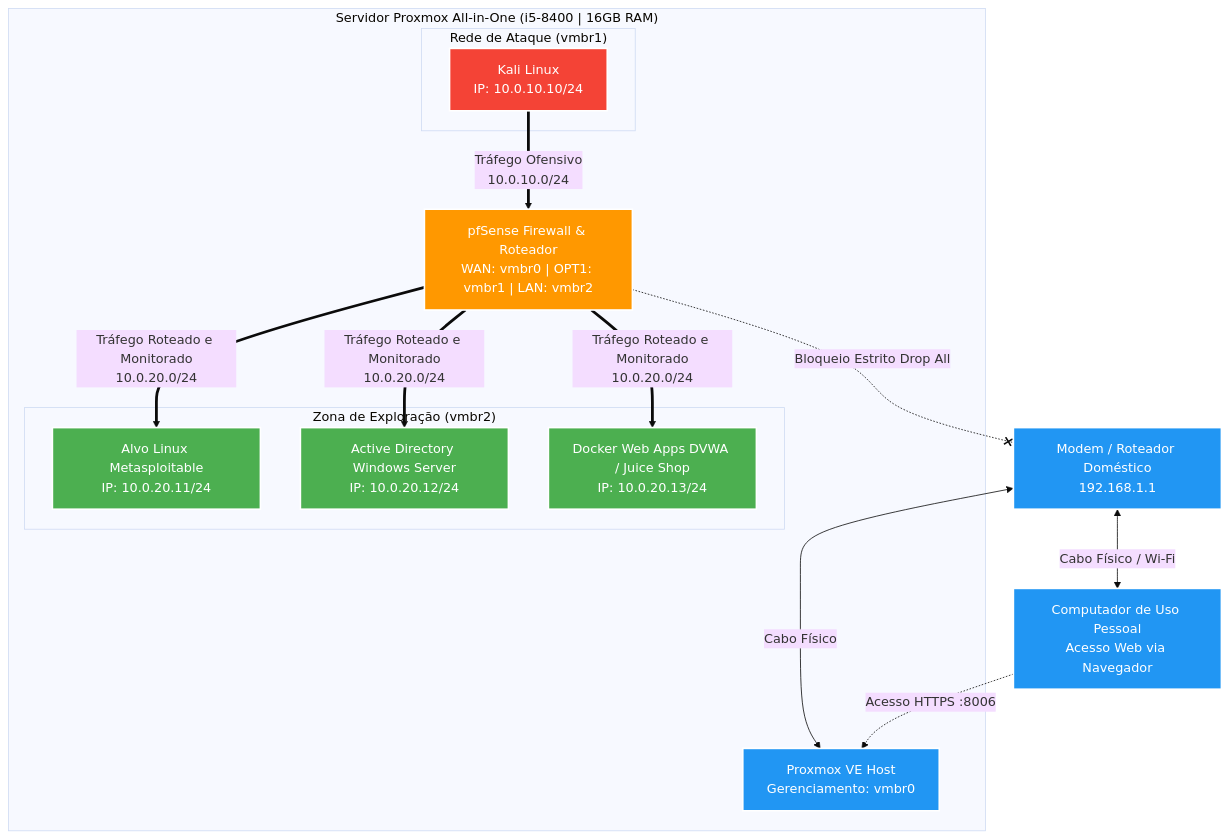
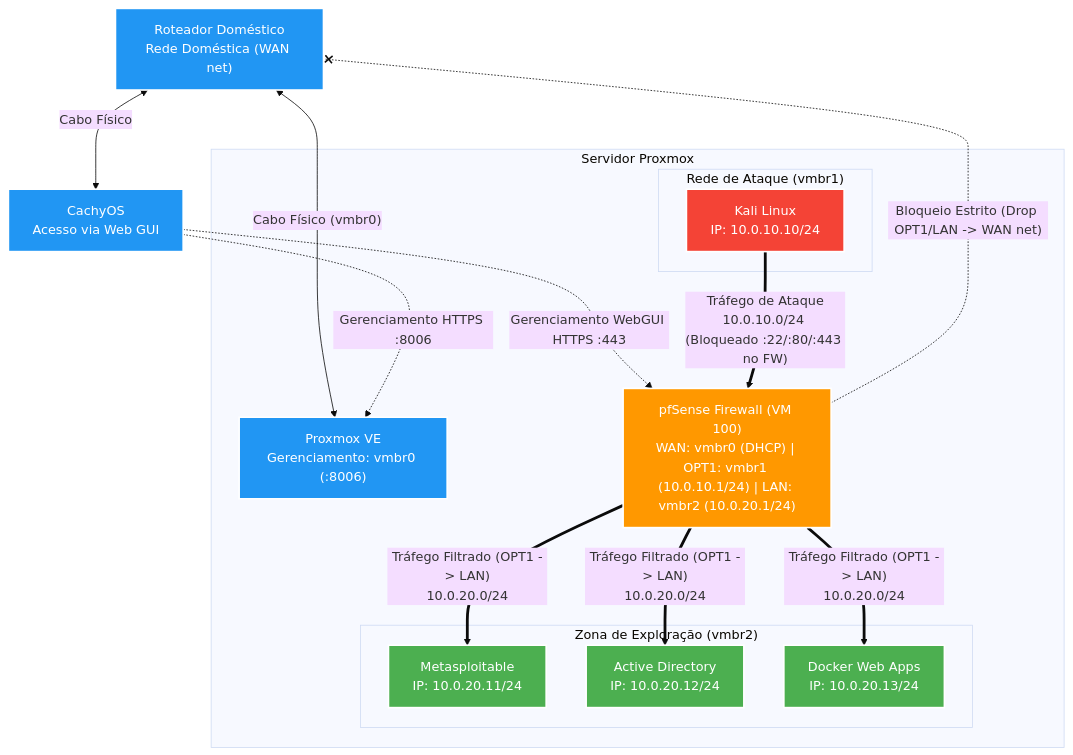
Before and after one commit to nelleuSant/homelab-exploration-zone: the diagram in README.md, drawn with Mermaid (base theme). The commit also changed other lines of this file and 2 other files, not shown here.

````diff
--- a/README.md
+++ b/README.md
@@ -28,46 +28,47 @@
 ```mermaid
 flowchart TD
     %% Infraestrutura Doméstica
-    Modem[Modem / Roteador Doméstico\n192.168.1.1]
-    PC[Computador de Uso Pessoal\nAcesso Web via Navegador]
+    Router["Roteador Doméstico\nRede Doméstica (WAN net)"]
+    CachyOS["CachyOS\nAcesso via Web GUI"]
 
-    subgraph "Servidor Proxmox All-in-One (i5-8400 | 16GB RAM)"
-        Proxmox[Proxmox VE Host\nGerenciamento: vmbr0]
-        FW["pfSense Firewall & Roteador\nWAN: vmbr0 | OPT1: vmbr1 | LAN: vmbr2"]
+    subgraph "Servidor Proxmox"
+        Proxmox["Proxmox VE\nGerenciamento: vmbr0 (:8006)"]
+        FW["pfSense Firewall (VM 100)\nWAN: vmbr0 (DHCP) | OPT1: vmbr1 (10.0.10.1/24) | LAN: vmbr2 (10.0.20.1/24)"]
         
         subgraph "Rede de Ataque (vmbr1)"
-            Kali[Kali Linux\nIP: 10.0.10.10/24]
+            Kali["Kali Linux\nIP: 10.0.10.10/24"]
         end
 
         subgraph "Zona de Exploração (vmbr2)"
-            Vuln1[Alvo Linux Metasploitable\nIP: 10.0.20.11/24]
-            Vuln2[Active Directory Windows Server\nIP: 10.0.20.12/24]
-            Vuln3[Docker Web Apps DVWA / Juice Shop\nIP: 10.0.20.13/24]
+            Vuln1["Metasploitable\nIP: 10.0.20.11/24"]
+            Vuln2["Active Directory\nIP: 10.0.20.12/24"]
+            Vuln3["Docker Web Apps\nIP: 10.0.20.13/24"]
         end
     end
 
-    %% Conexões Físicas
-    Modem <-->|Cabo Físico| Proxmox
-    Modem <-->|Cabo Físico / Wi-Fi| PC
-    PC -.->|Acesso HTTPS :8006| Proxmox
+    %% Conexões
+    Router <-->|"Cabo Físico (vmbr0)"| Proxmox
+    Router <-->|"Cabo Físico"| CachyOS
+    CachyOS -.->|"Gerenciamento HTTPS :8006"| Proxmox
+    CachyOS -.->|"Gerenciamento WebGUI HTTPS :443"| FW
     
-    %% Roteamento Interno das Bridges
-    Kali == "Tráfego Ofensivo\n10.0.10.0/24" ==> FW
-    FW == "Tráfego Roteado e Monitorado\n10.0.20.0/24" ==> Vuln1
-    FW == "Tráfego Roteado e Monitorado\n10.0.20.0/24" ==> Vuln2
-    FW == "Tráfego Roteado e Monitorado\n10.0.20.0/24" ==> Vuln3
+    %% Roteamento Interno do Proxmox
+    Kali == "Tráfego de Ataque\n10.0.10.0/24 (Bloqueado :22/:80/:443 no FW)" ==> FW
+    FW == "Tráfego Filtrado (OPT1 -> LAN)\n10.0.20.0/24" ==> Vuln1
+    FW == "Tráfego Filtrado (OPT1 -> LAN)\n10.0.20.0/24" ==> Vuln2
+    FW == "Tráfego Filtrado (OPT1 -> LAN)\n10.0.20.0/24" ==> Vuln3
 
-    %% Regra de Bloqueio para a LAN
-    FW -.-x|Bloqueio Estrito Drop All| Modem
+    %% Isolamento da Rede Doméstica
+    FW -.-x|"Bloqueio Estrito (Drop OPT1/LAN -> WAN net)"| Router
 
     %% Estilização
     classDef redeSegura fill:#2196F3,color:#fff,stroke:#fff,stroke-width:2px;
     classDef redeAtaque fill:#f44336,color:#fff,stroke:#fff,stroke-width:2px;
     classDef redeAlvo fill:#4CAF50,color:#fff,stroke:#fff,stroke-width:2px;
     classDef fw fill:#FF9800,color:#fff,stroke:#fff,stroke-width:2px;
 
-    class Modem,PC,Proxmox redeSegura;
+    class Router,CachyOS,Proxmox redeSegura;
     class Kali redeAtaque;
     class Vuln1,Vuln2,Vuln3 redeAlvo;
     class FW fw;
 ```
````
